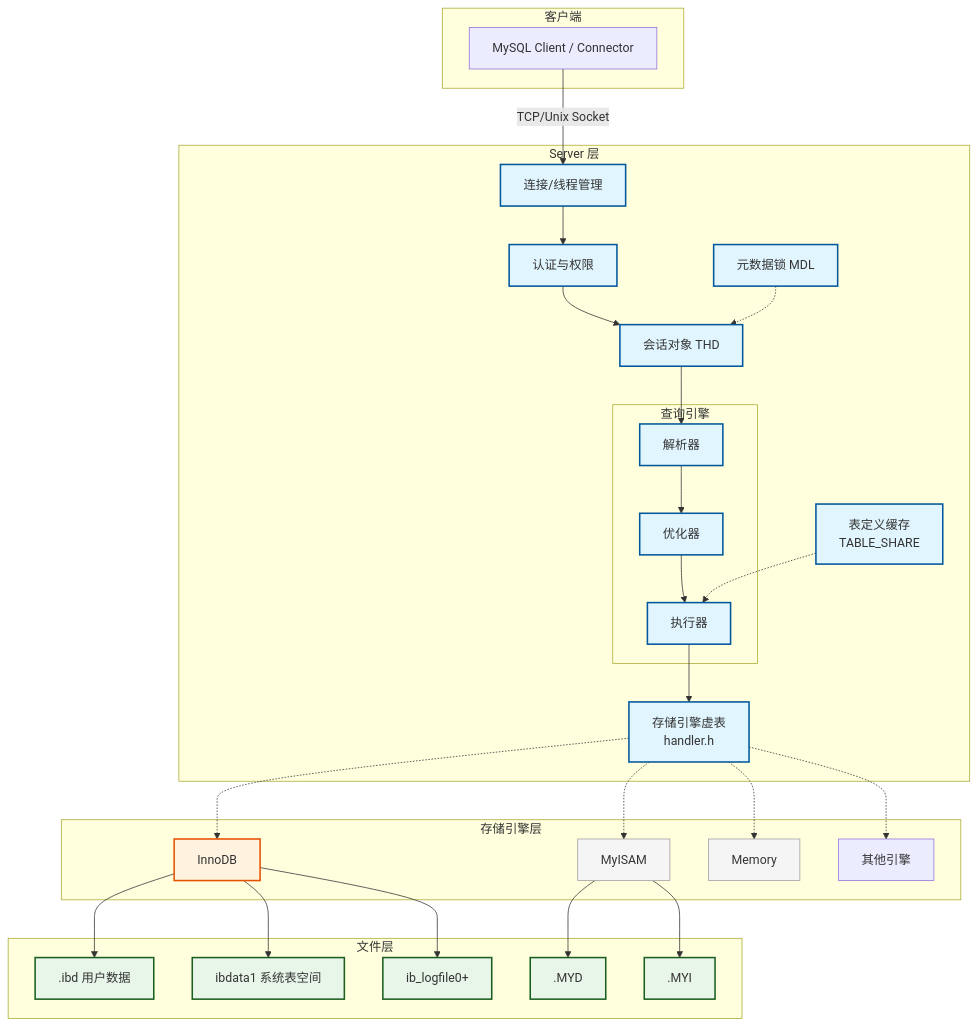
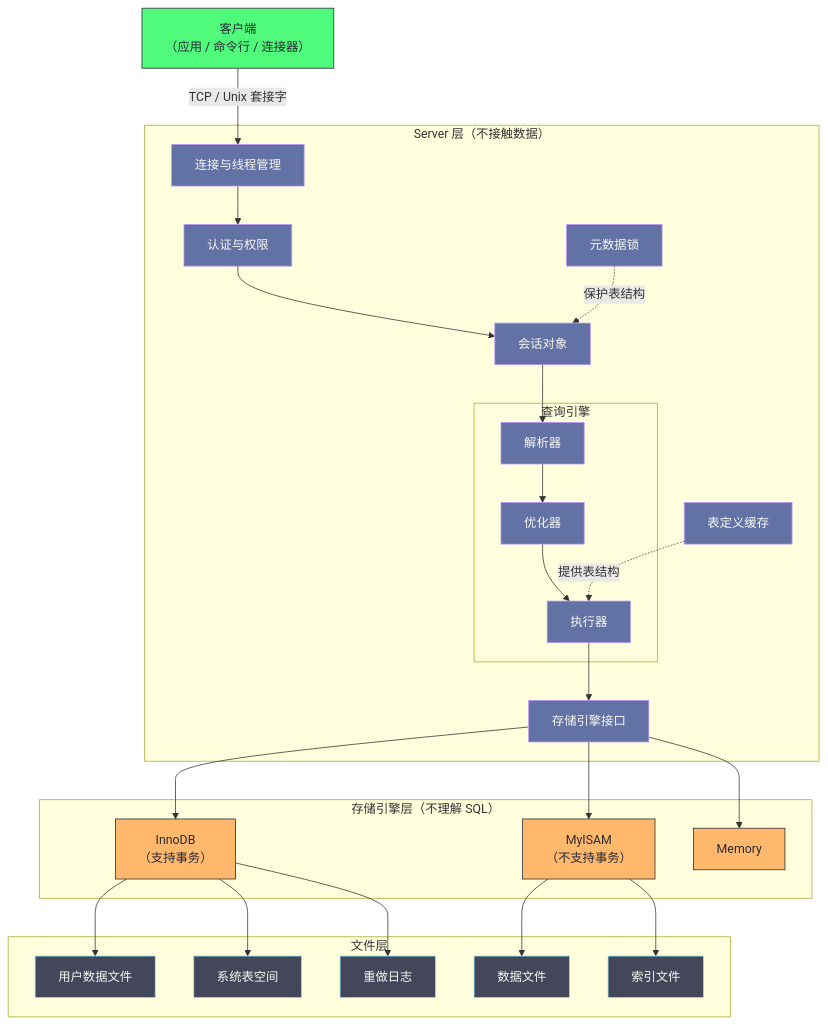
Before and after one commit to hpliStartAgain/my-brain: the first of 2 diagrams in content/中间件/MySQL/读书笔记-Mysql内核架构/01. MySQL总体架构：Server层与存储引擎的插件化设计.md, drawn with Mermaid. The commit also changed other lines of this file and 56 other files, not shown here.

````diff
--- a/content/中间件/MySQL/读书笔记-Mysql内核架构/01. MySQL总体架构：Server层与存储引擎的插件化设计.md
+++ b/content/中间件/MySQL/读书笔记-Mysql内核架构/01. MySQL总体架构：Server层与存储引擎的插件化设计.md
@@ -15,49 +83,57 @@
 ```mermaid
+%%{init: {'theme': 'dracula'}}%%
 graph TD
-    classDef server fill:#e1f5fe,stroke:#01579b,stroke-width:2px;
-    classDef innodb fill:#fff3e0,stroke:#e65100,stroke-width:2px;
-    classDef other fill:#f5f5f5,stroke:#9e9e9e,stroke-width:1px;
-    classDef file fill:#e8f5e9,stroke:#1b5e20,stroke-width:2px;
+    Client["客户端<br/>（应用 / 命令行 / 连接器）"]
 
-    subgraph 客户端
-        Client[MySQL Client / Connector]
+    subgraph SERVER["Server 层（不接触数据）"]
+        Conn["连接与线程管理"]
+        Auth["认证与权限"]
+        THD["会话对象"]
+        subgraph QE["查询引擎"]
+            Parser["解析器"]
+            Optimizer["优化器"]
+            Executor["执行器"]
+        end
+        HAPI["存储引擎接口"]
+        SHARE["表定义缓存"]
+        MDL["元数据锁"]
+        Conn --> Auth --> THD
+        THD --> Parser --> Optimizer --> Executor
+        Executor --> HAPI
+        SHARE -. "提供表结构" .-> Executor
+        MDL -. "保护表结构" .-> THD
     end
 
-    subgraph Server 层
-        Conn[连接/线程管理] --> Auth[认证与权限]
-        Auth --> THD[会话对象 THD]
-        
-        subgraph 查询引擎
-            Parser[解析器] --> Optimizer[优化器]
-            Optimizer --> Executor[执行器]
-        end
-        
-        THD --> Parser
-        Executor --> Handler_API[存储引擎虚表<br>handler.h]
-        
-        Cache[表定义缓存<br>TABLE_SHARE] -.-> Executor
-        MDL[元数据锁 MDL] -.-> THD
+    subgraph ENGINE["存储引擎层（不理解 SQL）"]
+        InnoDB["InnoDB<br/>（支持事务）"]
+        MyISAM["MyISAM<br/>（不支持事务）"]
+        Memory["Memory"]
     end
 
-    subgraph 存储引擎层
-        Handler_API -.-> InnoDB[InnoDB]
-        Handler_API -.-> MyISAM[MyISAM]
-        Handler_API -.-> Memory[Memory]
-        Handler_API -.-> 其他引擎
+    subgraph FILES["文件层"]
+        IBD["用户数据文件"]
+        SYS["系统表空间"]
+        REDO["重做日志"]
+        MYD["数据文件"]
+        MYI["索引文件"]
     end
 
-    subgraph 文件层
-        InnoDB --> ibd[.ibd 用户数据]
-        InnoDB --> ibdata1[ibdata1 系统表空间]
-        InnoDB --> redo[ib_logfile0+]
-        MyISAM --> myd[.MYD]
-        MyISAM --> myi[.MYI]
-    end
+    Client -->|"TCP / Unix 套接字"| Conn
+    HAPI --> InnoDB
+    HAPI --> MyISAM
+    HAPI --> Memory
+    InnoDB --> IBD
+    InnoDB --> SYS
+    InnoDB --> REDO
+    MyISAM --> MYD
+    MyISAM --> MYI
 
-    Client -->|TCP/Unix Socket| Conn
-    
-    class Conn,Auth,THD,Parser,Optimizer,Executor,Handler_API,MDL,Cache server
-    class InnoDB innodb
-    class MyISAM,Memory other
-    class ibd,ibdata1,redo,myd,myi file
+    classDef srv fill:#6272a4,stroke:#bd93f9,color:#f8f8f2
+    classDef eng fill:#ffb86c,stroke:#282a36,color:#282a36
+    classDef file fill:#44475a,stroke:#8be9fd,color:#f8f8f2
+    classDef cli fill:#50fa7b,stroke:#282a36,color:#282a36
+    class Conn,Auth,THD,Parser,Optimizer,Executor,HAPI,SHARE,MDL srv
+    class InnoDB,MyISAM,Memory eng
+    class IBD,SYS,REDO,MYD,MYI file
+    class Client cli
 ```
````
